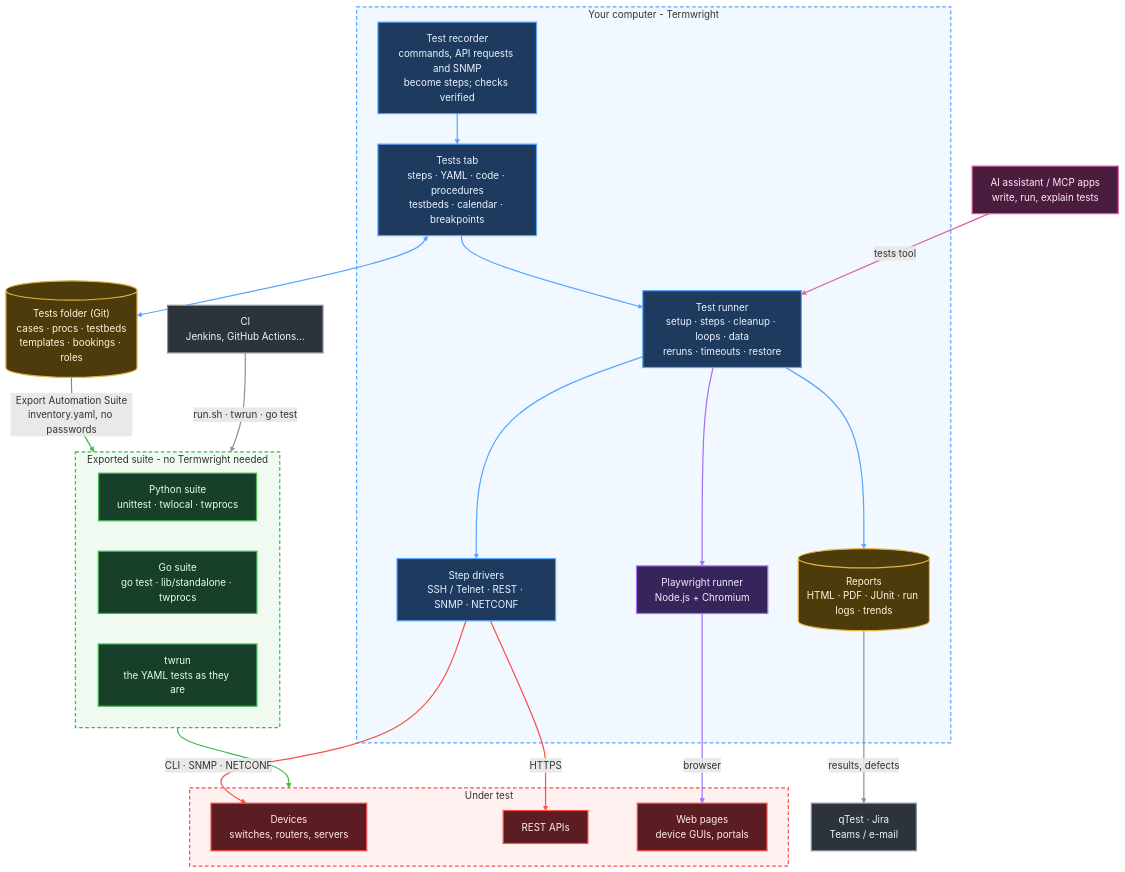
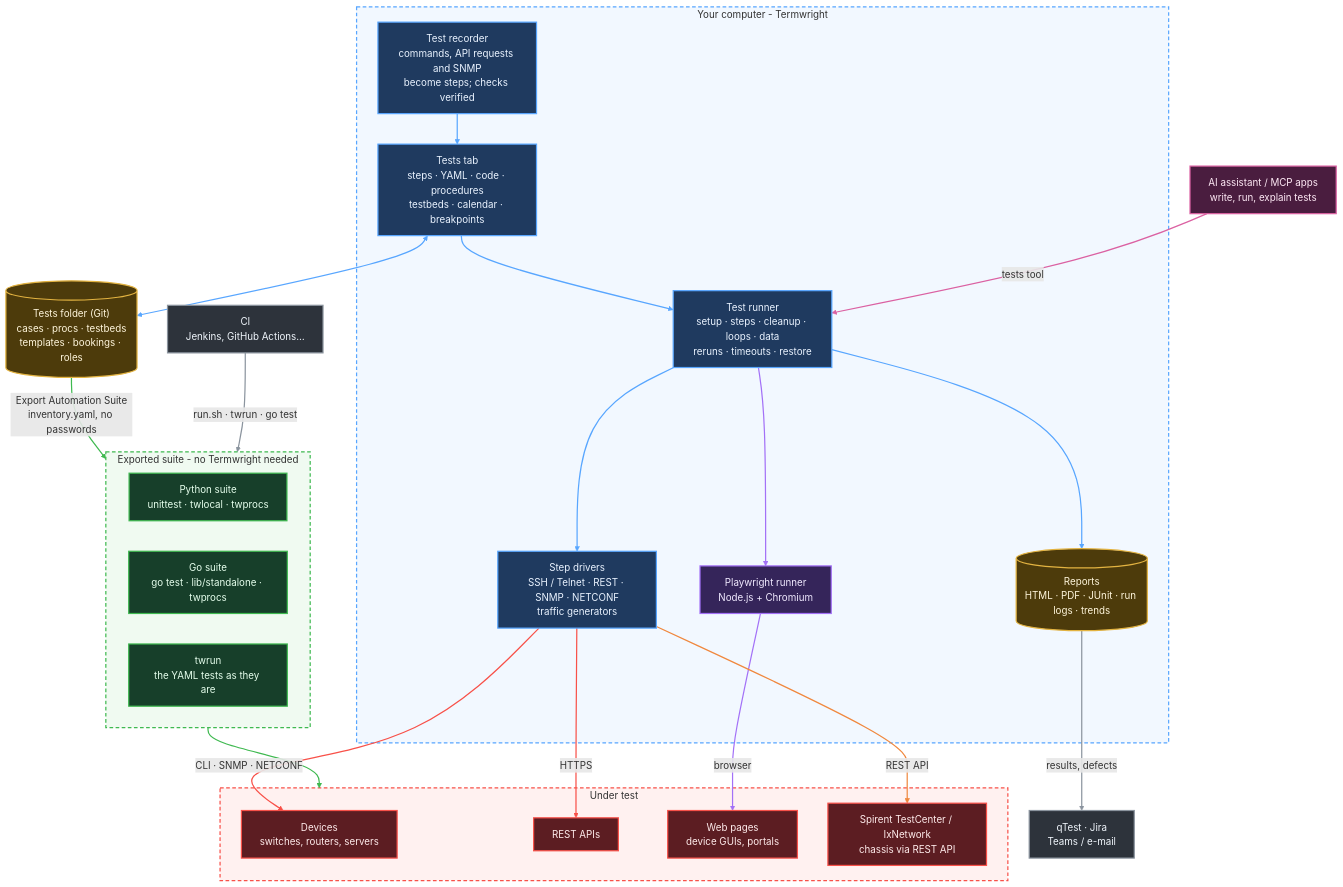
Before and after one commit to nperiannan/termwright: the third of 6 diagrams in README.md, drawn with Mermaid. The commit also changed other lines of this file and 31 other files, not shown here.

Commit message:
Spirent TestCenter and IxNetwork traffic runs as test steps (REST APIs; Termwright, twrun, Go suite); About: Test, Traffic, Syslog tiles; new About, Tests, trends, testbed, calendar and export screenshots

````diff
--- a/README.md
+++ b/README.md
@@ -453,61 +458,64 @@
 ```mermaid
 flowchart TB
   AIx["AI assistant / MCP apps<br/>write, run, explain tests"]
   subgraph PC["Your computer - Termwright"]
     Rec["Test recorder<br/>commands, API requests and SNMP<br/>become steps; checks verified"]
     Ed["Tests tab<br/>steps · YAML · code · procedures<br/>testbeds · calendar · breakpoints"]
     Run["Test runner<br/>setup · steps · cleanup · loops · data<br/>reruns · timeouts · restore"]
-    Drv["Step drivers<br/>SSH / Telnet · REST · SNMP · NETCONF"]
+    Drv["Step drivers<br/>SSH / Telnet · REST · SNMP · NETCONF<br/>traffic generators"]
     Web["Playwright runner<br/>Node.js + Chromium"]
     Out[("Reports<br/>HTML · PDF · JUnit · run logs · trends")]
     Rec --> Ed --> Run
     Run --> Drv
     Run --> Web
     Run --> Out
   end
   Folder[("Tests folder (Git)<br/>cases · procs · testbeds<br/>templates · bookings · roles")]
   subgraph DUT["Under test"]
     Dev["Devices<br/>switches, routers, servers"]
     Api["REST APIs"]
     Pages["Web pages<br/>device GUIs, portals"]
+    TG["Spirent TestCenter / IxNetwork<br/>chassis via REST API"]
   end
   subgraph Std["Exported suite - no Termwright needed"]
     Py["Python suite<br/>unittest · twlocal · twprocs"]
     GoS["Go suite<br/>go test · lib/standalone · twprocs"]
     TwR["twrun<br/>the YAML tests as they are"]
   end
   CI["CI<br/>Jenkins, GitHub Actions…"]
   Int["qTest · Jira<br/>Teams / e-mail"]
   AIx -- "tests tool" --> Run
   Ed <--> Folder
   Drv -- "CLI · SNMP · NETCONF" --> Dev
   Drv -- "HTTPS" --> Api
   Web -- "browser" --> Pages
   Out -- "results, defects" --> Int
   Folder -- "Export Automation Suite<br/>inventory.yaml, no passwords" --> Std
   Std --> DUT
   CI -- "run.sh · twrun · go test" --> Std
+  Drv -- "REST API" --> TG
   classDef tw fill:#1f3a5f,stroke:#58a6ff,stroke-width:2px,color:#eaf3ff
   classDef ai fill:#4a1d3f,stroke:#db61a2,stroke-width:2px,color:#ffeaf6
   classDef store fill:#4d3b0b,stroke:#e3b341,stroke-width:2px,color:#fff6dc
   classDef engine fill:#173f2a,stroke:#3fb950,stroke-width:2px,color:#e6ffed
   classDef qemu fill:#35255a,stroke:#a371f7,stroke-width:2px,color:#f1eaff
   classDef dut fill:#5c1d22,stroke:#f85149,stroke-width:2px,color:#ffecec
   classDef ext fill:#2d333b,stroke:#8b949e,stroke-width:2px,color:#f0f6fc
   class Rec,Ed,Run,Drv tw
   class Web qemu
   class Out,Folder store
   class Py,GoS,TwR engine
-  class Dev,Api,Pages dut
+  class Dev,Api,Pages,TG dut
   class Int,CI ext
   class AIx ai
   style PC fill:#58a6ff14,stroke:#58a6ff,stroke-width:2px,stroke-dasharray:6 4
   style Std fill:#3fb95014,stroke:#3fb950,stroke-width:2px,stroke-dasharray:6 4
   style DUT fill:#f8514914,stroke:#f85149,stroke-width:2px,stroke-dasharray:6 4
   linkStyle 0,1,2,4,6 stroke:#58a6ff,stroke-width:2px
   linkStyle 5 stroke:#db61a2,stroke-width:2px
   linkStyle 7,8 stroke:#f85149,stroke-width:2px
   linkStyle 3,9 stroke:#a371f7,stroke-width:2px
   linkStyle 10,13 stroke:#8b949e,stroke-width:2px
   linkStyle 11,12 stroke:#3fb950,stroke-width:2px
+  linkStyle 14 stroke:#f0883e,stroke-width:2px
 ```
````
